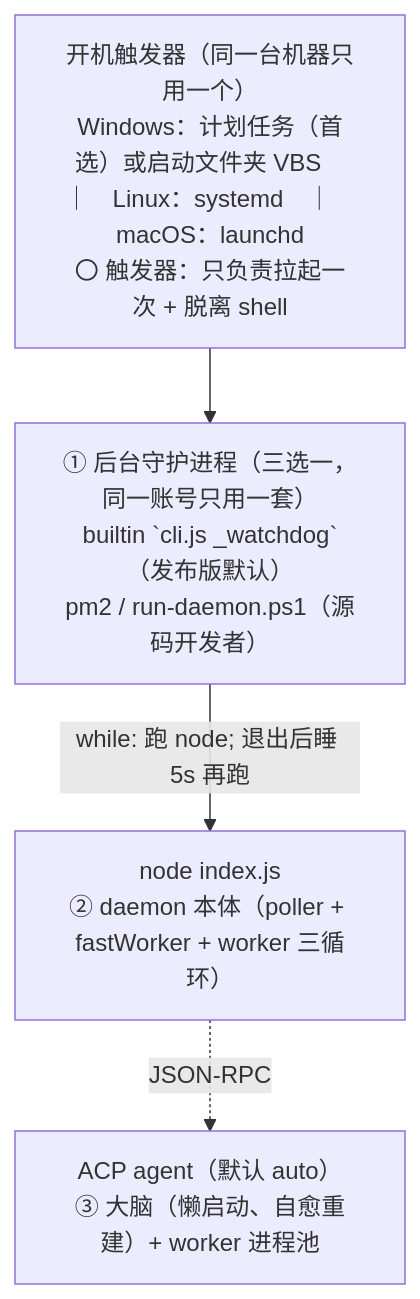
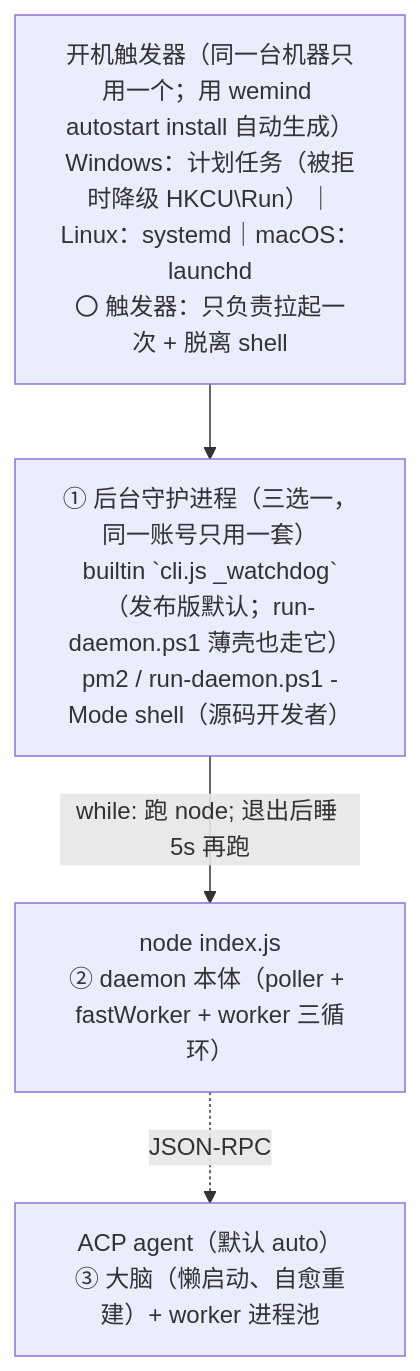
The diagram in docs/repowiki/10-部署与运维.md (imwangpan/WeMind), drawn with Mermaid before and after one commit. The commit also changed other lines of this file and 48 other files, not shown here.

````diff
--- a/docs/repowiki/10-部署与运维.md
+++ b/docs/repowiki/10-部署与运维.md
@@ -18,10 +18,10 @@
 ```mermaid
 graph TD
-    T["开机触发器（同一台机器只用一个）<br/>Windows：计划任务（首选）或启动文件夹 VBS　｜　Linux：systemd　｜　macOS：launchd<br/>〇 触发器：只负责拉起一次 + 脱离 shell"]
-    W["① 后台守护进程（三选一，同一账号只用一套）<br/>builtin `cli.js _watchdog`（发布版默认）<br/>pm2 / run-daemon.ps1（源码开发者）"]
+    T["开机触发器（同一台机器只用一个；用 wemind autostart install 自动生成）<br/>Windows：计划任务（被拒时降级 HKCU\Run）｜Linux：systemd｜macOS：launchd<br/>〇 触发器：只负责拉起一次 + 脱离 shell"]
+    W["① 后台守护进程（三选一，同一账号只用一套）<br/>builtin `cli.js _watchdog`（发布版默认；run-daemon.ps1 薄壳也走它）<br/>pm2 / run-daemon.ps1 -Mode shell（源码开发者）"]
     N["node index.js<br/>② daemon 本体（poller + fastWorker + worker 三循环）"]
     B["ACP agent（默认 auto）<br/>③ 大脑（懒启动、自愈重建）+ worker 进程池"]
     T --> W
     W -->|"while: 跑 node; 退出后睡 5s 再跑"| N
     N -.JSON-RPC.-> B
 ```
````
